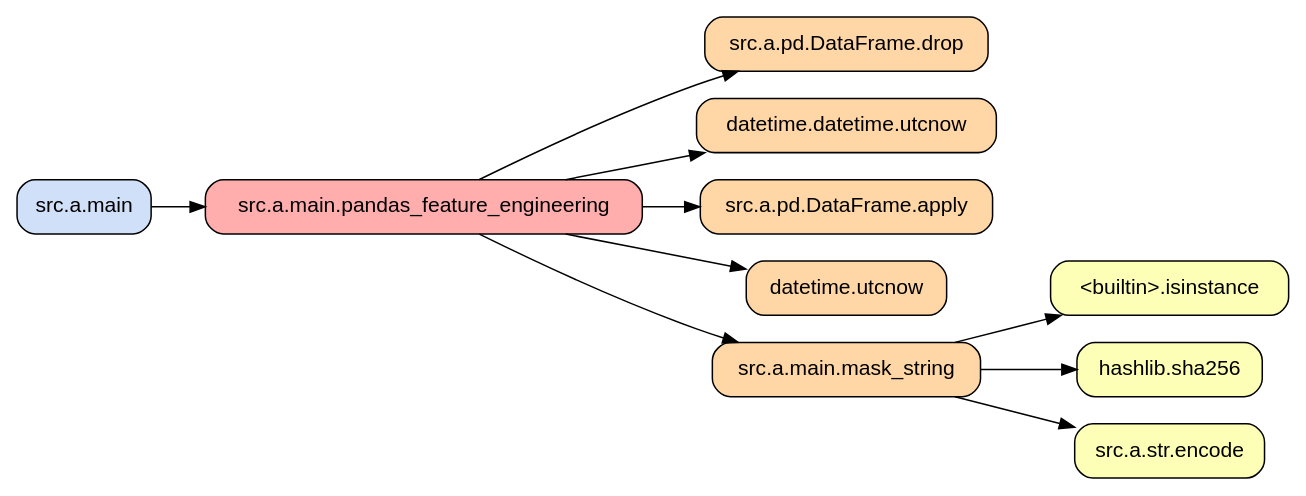
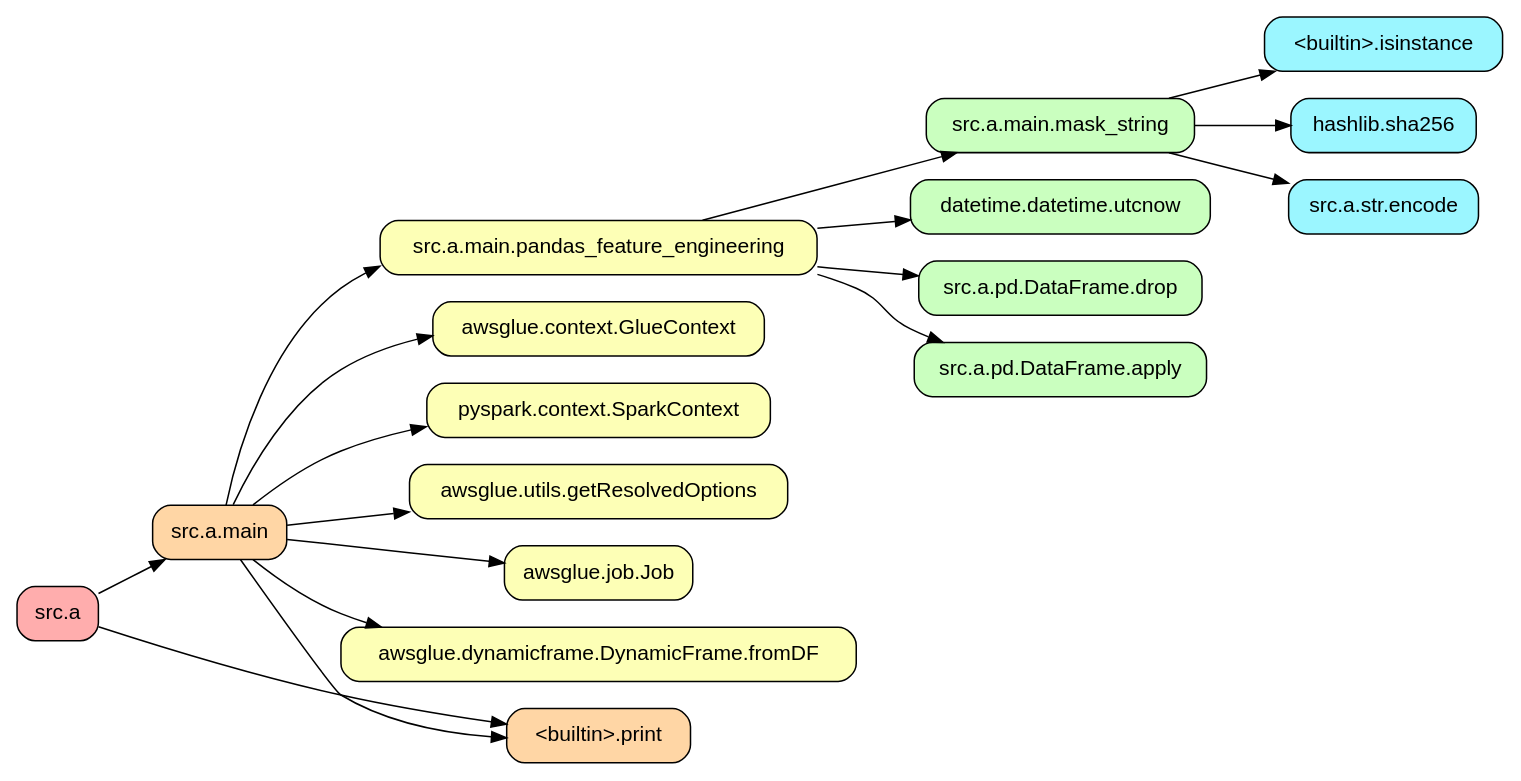
Before and after one commit to dineshreddy2136/Analyzer: the diagram in o.dot, drawn with Graphviz. The commit also changed 2 other files, not shown here.

```diff
--- a/o.dot
+++ b/o.dot
@@ -1,25 +1,38 @@
 digraph CallGraph {
   rankdir="LR";
   node [shape=box, style="rounded,filled", fontname="Helvetica"];
   edge [fontname="Helvetica"];
-  "src.a.pd.DataFrame.drop" [label="src.a.pd.DataFrame.drop", fillcolor="#ffd6a5"];
-  "src.a.main" [label="src.a.main", fillcolor="#d1e0f9", tooltip=<def main():<br/>    &quot;&quot;&quot;<br/>    Main ETL logic wrapped in a function.<br/>    This function is called by AWS Glue and can also be called for local testing.<br/>    &quot;&quot;&quot;<br/>    # ==============================================================================<br/>    # 1. INITIALIZATION &amp; ARGUMENT PARSING<br/>    # ==============================================================================<br/>    # In AWS Glue, the real arguments are passed here.<br/>    # For local testing, mock arguments are passed from the __main__ block.<br/>    args = getResolvedOptions(sys.argv, [<br/>        &#39;JOB_NAME&#39;,<br/>        &#39;S3_INPUT_SALES_PATH&#39;,<br/>        &#39;S3_OUTPUT_PROCESSED_PATH&#39;,<br/>        &#39;S3_ERROR_PATH&#39;,<br/>        &#39;JDBC_CONNECTION_NAME&#39;<br/>    ])<br/><br/>    sc = SparkContext()<br/>    glueContext = GlueContext(sc)<br/>... (141 more lines)<br/>>];
-  "datetime.datetime.utcnow" [label="datetime.datetime.utcnow", fillcolor="#ffd6a5"];
-  "src.a.main.pandas_feature_engineering" [label="src.a.main.pandas_feature_engineering", fillcolor="#ffadad", tooltip=<def pandas_feature_engineering(df: pd.DataFrame) -&gt; pd.DataFrame:<br/>    df[&#39;customer_tenure_days&#39;] = (df[&#39;transaction_ts&#39;] - df[&#39;signup_ts&#39;]).dt.days<br/>    df[&#39;email_masked&#39;] = df[&#39;email&#39;].apply(mask_string)<br/>    df = df.drop(columns=[&#39;email&#39;, &#39;signup_ts&#39;])<br/>    df[&#39;processed_at&#39;] = datetime.utcnow()<br/>    return df<br/>>];
-  "<builtin>.isinstance" [label="<builtin>.isinstance", fillcolor="#fdffb6"];
-  "hashlib.sha256" [label="hashlib.sha256", fillcolor="#fdffb6"];
-  "src.a.pd.DataFrame.apply" [label="src.a.pd.DataFrame.apply", fillcolor="#ffd6a5"];
-  "datetime.utcnow" [label="datetime.utcnow", fillcolor="#ffd6a5"];
-  "src.a.str.encode" [label="src.a.str.encode", fillcolor="#fdffb6"];
-  "src.a.main.mask_string" [label="src.a.main.mask_string", fillcolor="#ffd6a5", tooltip=<def mask_string(value: str) -&gt; str:<br/>    if not isinstance(value, str):<br/>        return None<br/>    return hashlib.sha256(value.encode()).hexdigest()<br/>>];
+  "src.a.main" [label="src.a.main", fillcolor="#ffd6a5", tooltip=<Could not load code preview.>];
+  "src.a.main.pandas_feature_engineering" [label="src.a.main.pandas_feature_engineering", fillcolor="#fdffb6", tooltip=<Could not load code preview.>];
+  "awsglue.context.GlueContext" [label="awsglue.context.GlueContext", fillcolor="#fdffb6"];
+  "<builtin>.isinstance" [label="<builtin>.isinstance", fillcolor="#9bf6ff"];
+  "pyspark.context.SparkContext" [label="pyspark.context.SparkContext", fillcolor="#fdffb6"];
+  "<builtin>.print" [label="<builtin>.print", fillcolor="#ffd6a5"];
+  "awsglue.utils.getResolvedOptions" [label="awsglue.utils.getResolvedOptions", fillcolor="#fdffb6"];
+  "hashlib.sha256" [label="hashlib.sha256", fillcolor="#9bf6ff"];
+  "awsglue.job.Job" [label="awsglue.job.Job", fillcolor="#fdffb6"];
+  "src.a.main.mask_string" [label="src.a.main.mask_string", fillcolor="#caffbf", tooltip=<Could not load code preview.>];
+  "datetime.datetime.utcnow" [label="datetime.datetime.utcnow", fillcolor="#caffbf"];
+  "src.a.str.encode" [label="src.a.str.encode", fillcolor="#9bf6ff"];
+  "src.a.pd.DataFrame.drop" [label="src.a.pd.DataFrame.drop", fillcolor="#caffbf"];
+  "src.a" [label="src.a", fillcolor="#ffadad", tooltip=<Could not load code preview.>];
+  "src.a.pd.DataFrame.apply" [label="src.a.pd.DataFrame.apply", fillcolor="#caffbf"];
+  "awsglue.dynamicframe.DynamicFrame.fromDF" [label="awsglue.dynamicframe.DynamicFrame.fromDF", fillcolor="#fdffb6"];
 
+  "src.a" -> "<builtin>.print";
+  "src.a" -> "src.a.main";
+  "src.a.main" -> "src.a.main.pandas_feature_engineering";
+  "src.a.main" -> "awsglue.context.GlueContext";
+  "src.a.main" -> "<builtin>.print";
+  "src.a.main" -> "pyspark.context.SparkContext";
+  "src.a.main" -> "awsglue.dynamicframe.DynamicFrame.fromDF";
+  "src.a.main" -> "awsglue.job.Job";
+  "src.a.main" -> "awsglue.utils.getResolvedOptions";
   "src.a.main.pandas_feature_engineering" -> "datetime.datetime.utcnow";
   "src.a.main.pandas_feature_engineering" -> "src.a.pd.DataFrame.apply";
   "src.a.main.pandas_feature_engineering" -> "src.a.main.mask_string";
   "src.a.main.pandas_feature_engineering" -> "src.a.pd.DataFrame.drop";
-  "src.a.main.pandas_feature_engineering" -> "datetime.utcnow";
   "src.a.main.mask_string" -> "hashlib.sha256";
   "src.a.main.mask_string" -> "<builtin>.isinstance";
   "src.a.main.mask_string" -> "src.a.str.encode";
-  "src.a.main" -> "src.a.main.pandas_feature_engineering";
 }
```
